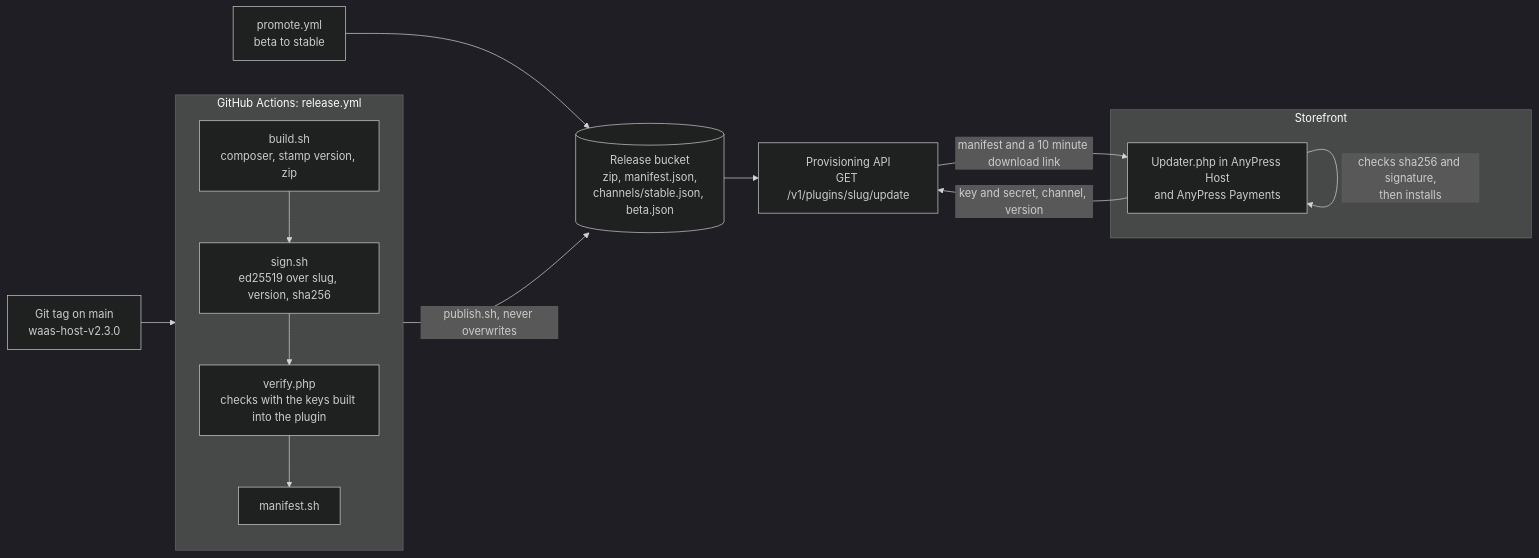
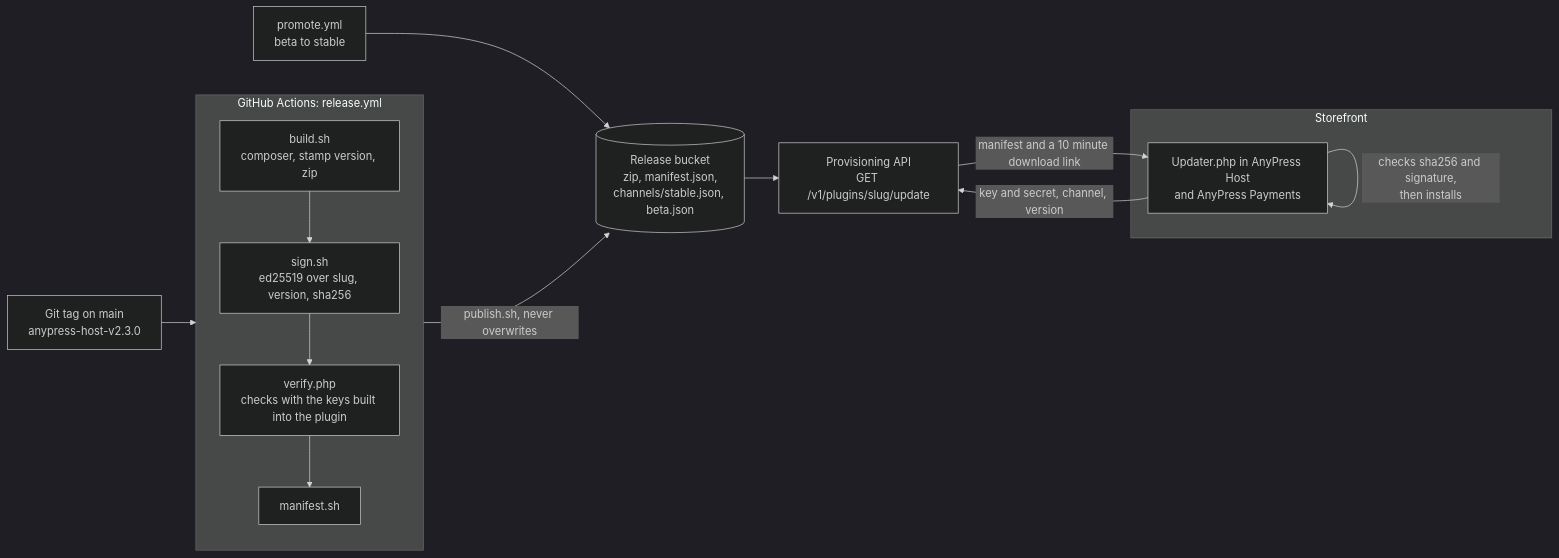
Before and after one commit to hamchowderr/waas-plugins: the fifth of 5 diagrams in docs/architecture/README.md, drawn with Mermaid (dark theme). The commit also changed other lines of this file and 645 other files, not shown here.

````diff
--- a/docs/architecture/README.md
+++ b/docs/architecture/README.md
@@ -189,23 +189,23 @@
 ```mermaid
 flowchart LR
-  TAG["Git tag on main<br/>waas-host-v2.3.0"] --> CI
+  TAG["Git tag on main<br/>anypress-host-v2.3.0"] --> CI
 
   subgraph CI["GitHub Actions: release.yml"]
     direction TB
     B["build.sh<br/>composer, stamp version, zip"] --> S["sign.sh<br/>ed25519 over slug, version, sha256"]
     S --> V["verify.php<br/>checks with the keys built into the plugin"]
     V --> M["manifest.sh"]
   end
 
   CI -->|"publish.sh, never overwrites"| R2[("Release bucket<br/>zip, manifest.json,<br/>channels/stable.json, beta.json")]
   PROMOTE["promote.yml<br/>beta to stable"] --> R2
   R2 --> API["Provisioning API<br/>GET /v1/plugins/slug/update"]
 
   subgraph SITE["Storefront"]
     UP["Updater.php in AnyPress Host<br/>and AnyPress Payments"]
   end
 
   UP -->|"key and secret, channel, version"| API
   API -->|"manifest and a 10 minute download link"| UP
   UP -->|"checks sha256 and signature,<br/>then installs"| UP
 ```
````
